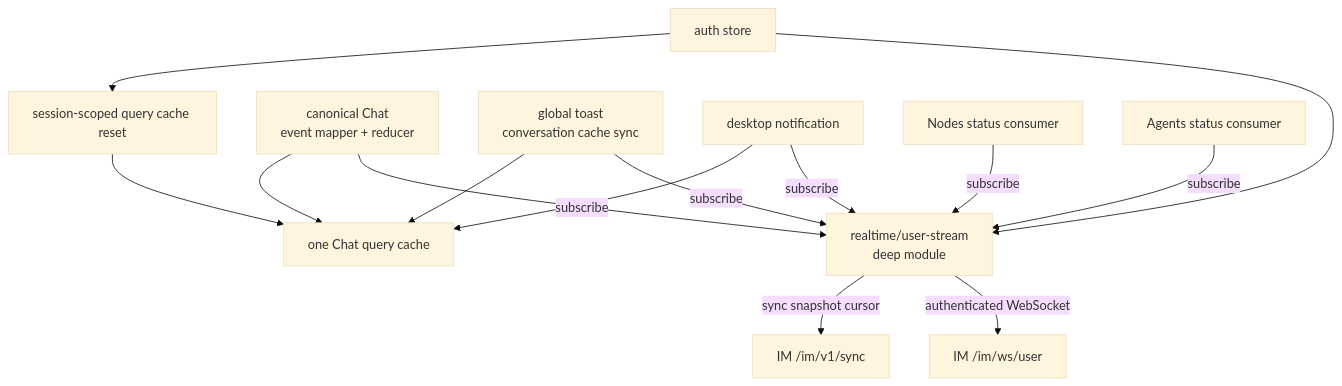
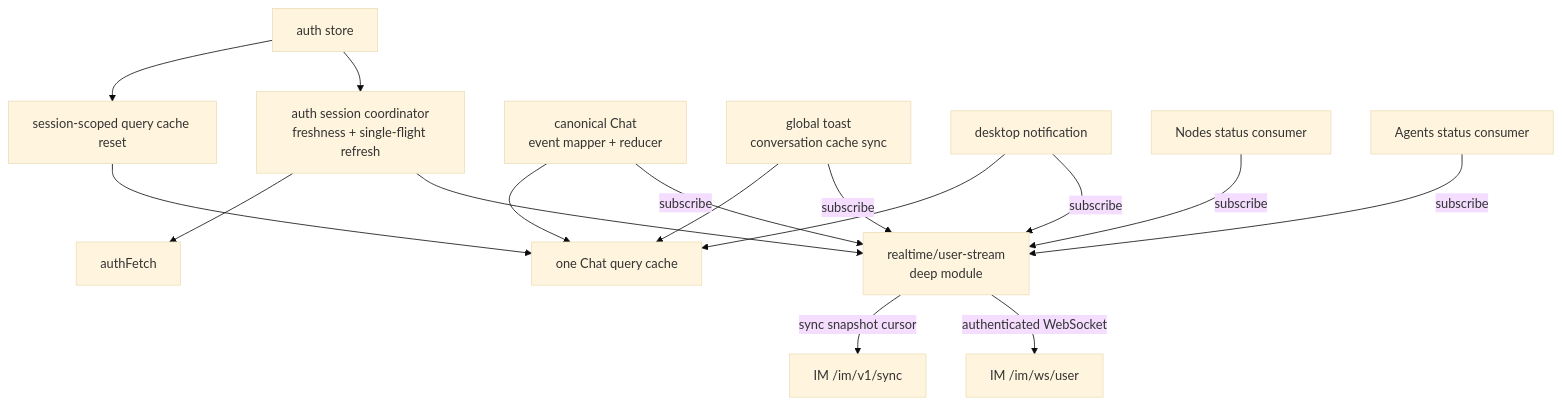
One commit to Mrchen116/nano-multiagent changed the first of 4 diagrams in docs/changes/refactor-460-web-im-client-runtime/design.md. Above: the diagram before and after it, drawn with Mermaid (base theme). The commit also changed other lines of this file, not shown here.

````diff
--- a/docs/changes/refactor-460-web-im-client-runtime/design.md
+++ b/docs/changes/refactor-460-web-im-client-runtime/design.md
@@ -82,18 +85,20 @@
 ```mermaid
 graph TD
-    Auth["auth store"] --> Runtime["realtime/user-stream<br/>deep module"]
+    Auth["auth store"] --> AuthSession["auth session coordinator<br/>freshness + single-flight refresh"]
+    AuthSession --> Runtime["realtime/user-stream<br/>deep module"]
+    AuthSession --> Http["authFetch"]
     Runtime -->|"authenticated WebSocket"| IM["IM /im/ws/user"]
     Runtime -->|"sync snapshot cursor"| Sync["IM /im/v1/sync"]
     Auth --> CacheReset["session-scoped query cache reset"]
 
     Chat["canonical Chat<br/>event mapper + reducer"] -->|subscribe| Runtime
     Toast["global toast<br/>conversation cache sync"] -->|subscribe| Runtime
     Notify["desktop notification"] -->|subscribe| Runtime
     Node["Nodes status consumer"] -->|subscribe| Runtime
     Agent["Agents status consumer"] -->|subscribe| Runtime
 
     Chat --> ChatCache["one Chat query cache"]
     Toast --> ChatCache
     Notify --> ChatCache
     CacheReset --> ChatCache
 ```
````
